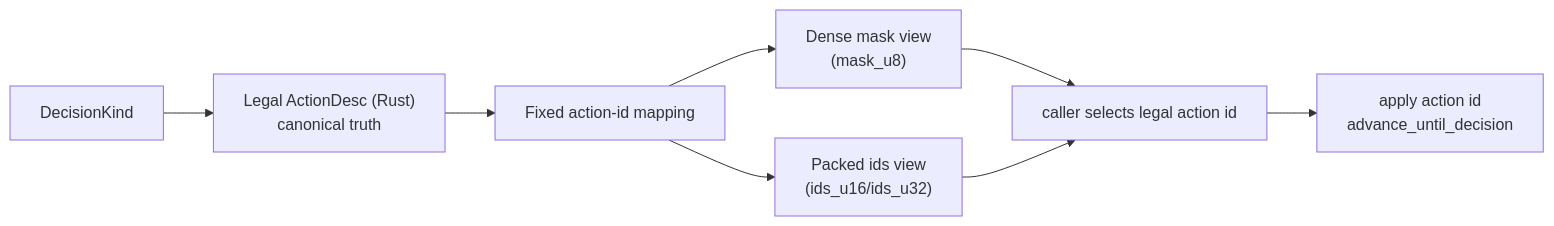
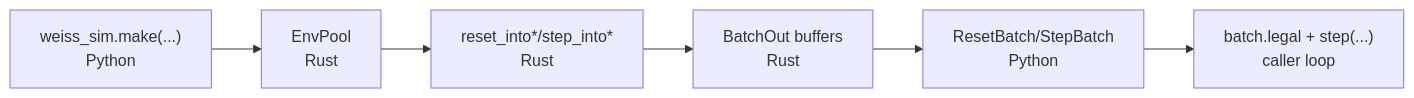
The second of 3 diagrams in docs/how_it_works.md (victorwp288/weiss-schwarz-simulator), drawn with Mermaid before and after one commit. The commit also changed other lines of this file and 10 other files, not shown here.

````diff
--- a/docs/how_it_works.md
+++ b/docs/how_it_works.md
@@ -51,10 +39,8 @@
 ```mermaid
 flowchart LR
-  A["DecisionKind"] --> B["Legal ActionDesc (Rust)\ncanonical truth"]
-  B --> C["Fixed action-id mapping"]
-  C --> D["Dense mask view\n(mask_u8)"]
-  C --> E["Packed ids view\n(ids_u16/ids_u32)"]
-  D --> F["caller selects legal action id"]
-  E --> F
-  F --> G["apply action id\nadvance_until_decision"]
+  A["weiss_sim.make(...)\nPython"] --> B["EnvPool\nRust"]
+  B --> C["reset_into*/step_into*\nRust"]
+  C --> D["BatchOut buffers\nRust"]
+  D --> E["ResetBatch/StepBatch\nPython"]
+  E --> F["batch.legal + step(...)\ncaller loop"]
 ```
````
